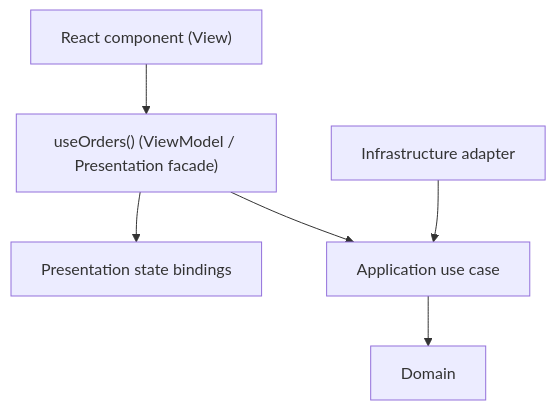
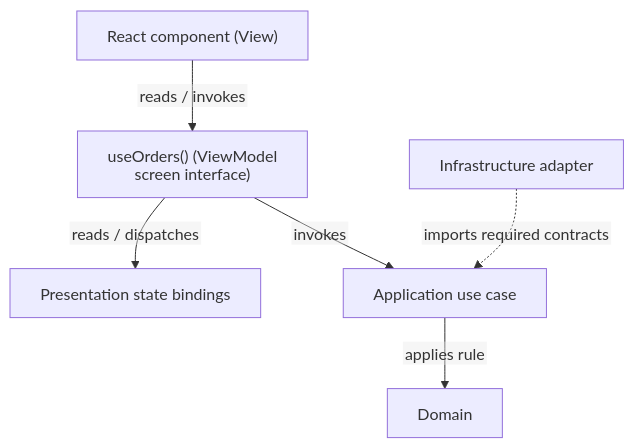
One commit to AndresTaoFlorez/software-architecture changed the third of 4 diagrams in architecture/patterns/presentation/model-view-viewmodel/README.md. Above: the diagram before and after it, drawn with Mermaid. The commit also changed other lines of this file and 79 other files, not shown here.

````diff
--- a/architecture/patterns/presentation/model-view-viewmodel/README.md
+++ b/architecture/patterns/presentation/model-view-viewmodel/README.md
@@ -97,15 +142,16 @@
 ```mermaid
+%%{init: {"htmlLabels": false, "flowchart": {"htmlLabels": false, "nodeSpacing": 28, "rankSpacing": 48, "diagramPadding": 20, "wrappingWidth": 280}, "sequence": {"wrap": true, "diagramMarginX": 20, "diagramMarginY": 20}}}%%
 flowchart TD
     VIEW["React component (View)"]
-    VM["useOrders() (ViewModel / Presentation facade)"]
+    VM["useOrders() (ViewModel<br/>screen interface)"]
     BIND["Presentation state bindings"]
     APP["Application use case"]
     DOMAIN["Domain"]
     INFRA["Infrastructure adapter"]
 
-    VIEW --> VM
-    VM --> BIND
-    VM --> APP
-    APP --> DOMAIN
-    INFRA --> APP
+    VIEW -->|"reads / invokes"| VM
+    VM -->|"reads / dispatches"| BIND
+    VM -->|"invokes"| APP
+    APP -->|"applies rule"| DOMAIN
+    INFRA -. "imports required contracts" .-> APP
 ```
````
